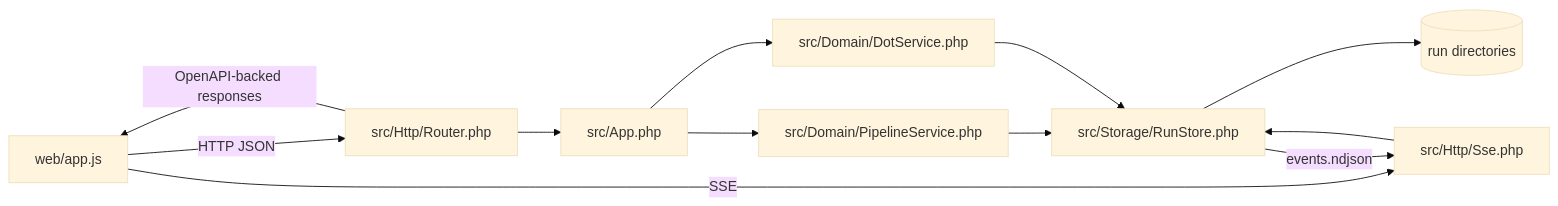
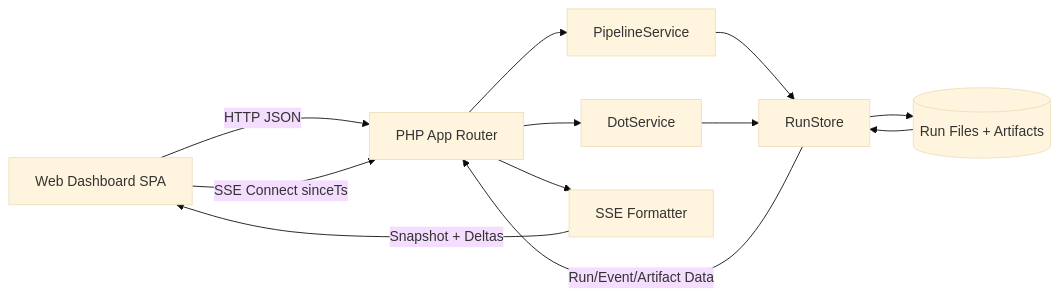
The fourth of 5 diagrams in docs/sprints/SPRINT-002-attractor-php-web-dashboard.md (jaytaylor/attractor-php), drawn with Mermaid (base theme) before and after one commit. The commit also changed other lines of this file, not shown here.

````diff
--- a/docs/sprints/SPRINT-002-attractor-php-web-dashboard.md
+++ b/docs/sprints/SPRINT-002-attractor-php-web-dashboard.md
@@ -1908,14 +2906,24 @@
 ```mermaid
 flowchart LR
-    UI[web/app.js] -->|HTTP JSON| Router[src/Http/Router.php]
-    UI -->|SSE| Sse[src/Http/Sse.php]
-    Router --> App[src/App.php]
-    App --> PipelineService[src/Domain/PipelineService.php]
-    App --> DotService[src/Domain/DotService.php]
-    PipelineService --> RunStore[src/Storage/RunStore.php]
-    DotService --> RunStore
-    RunStore --> Files[(run directories)]
-    Sse --> RunStore
-    RunStore -->|events.ndjson| Sse
-    Router -->|OpenAPI-backed responses| UI
+    UI[Web Dashboard SPA]
+    API[PHP App Router]
+    DOT[DotService]
+    PIPE[PipelineService]
+    STORE[RunStore]
+    FS[(Run Files + Artifacts)]
+    SSE[SSE Formatter]
+
+    UI -->|HTTP JSON| API
+    UI -->|SSE Connect sinceTs| API
+
+    API --> DOT
+    API --> PIPE
+    PIPE --> STORE
+    DOT --> STORE
+    STORE --> FS
+    FS --> STORE
+
+    API --> SSE
+    SSE -->|Snapshot + Deltas| UI
+    STORE -->|Run/Event/Artifact Data| API
 ```
````
